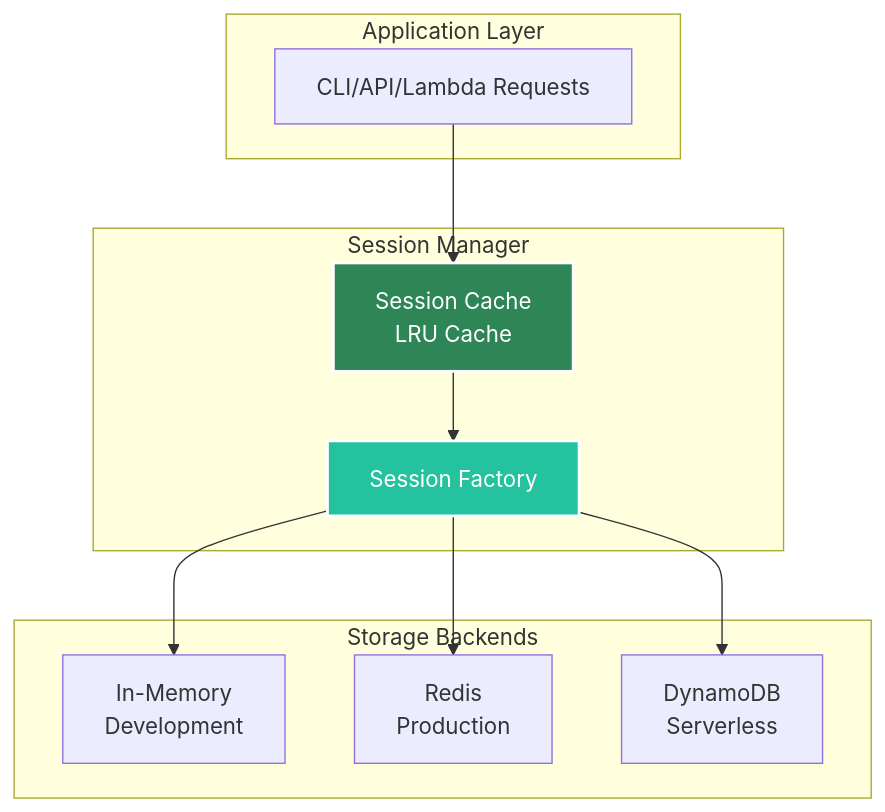
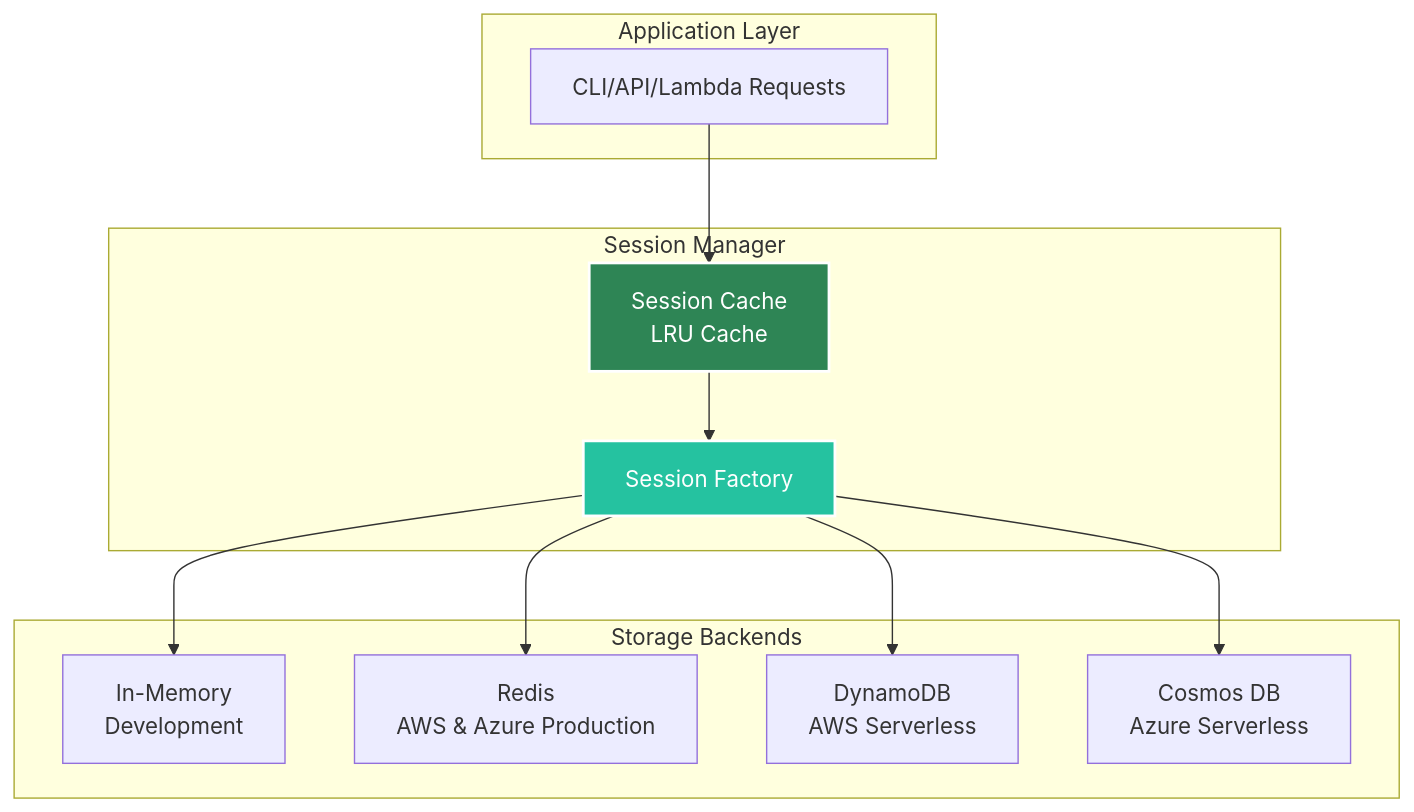
The first of 2 diagrams in docs/docs/core-concepts/session.md (yaalalabs/agent-kernel), drawn with Mermaid before and after one commit. The commit also changed other lines of this file, not shown here.

````diff
--- a/docs/docs/core-concepts/session.md
+++ b/docs/docs/core-concepts/session.md
@@ -11,26 +11,28 @@
 ```mermaid
 graph TB
     subgraph "Application Layer"
         A[CLI/API/Lambda Requests]
     end
     
     subgraph "Session Manager"
         B[Session Cache<br/>LRU Cache]
         C[Session Factory]
     end
     
     subgraph "Storage Backends"
         D[In-Memory<br/>Development]
-        E[Redis<br/>Production]
-        F[DynamoDB<br/>Serverless]
+        E[Redis<br/>AWS & Azure Production]
+        F[DynamoDB<br/>AWS Serverless]
+        G[Cosmos DB<br/>Azure Serverless]
     end
     
     A --> B
     B --> C
     C --> D
     C --> E
     C --> F
+    C --> G
     
     style B fill:#2e8555,stroke:#fff,stroke-width:2px,color:#fff
     style C fill:#25c2a0,stroke:#fff,stroke-width:2px,color:#fff
 ```
````
